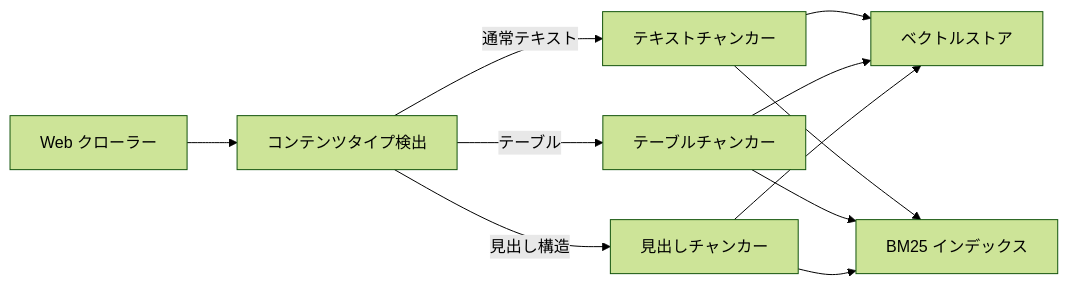
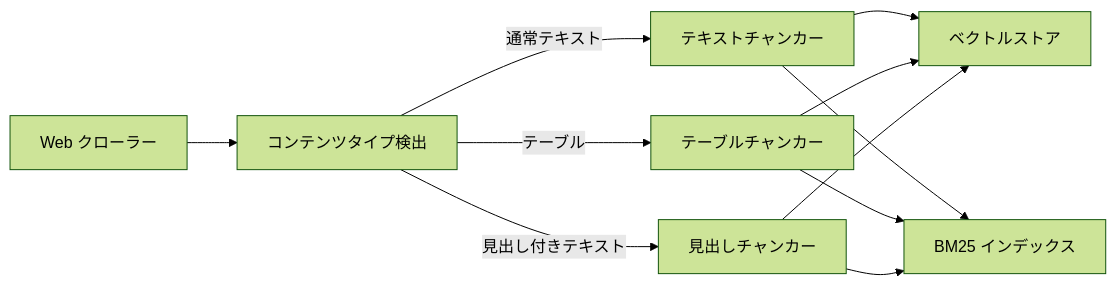
Before and after one commit to becky3/rag-knowledge: the second of 3 diagrams in docs/specs/rag-knowledge.md, drawn with Mermaid (forest theme).

Commit message:
fix: レビュー指摘対応 (PR #17)

````diff
--- a/docs/specs/rag-knowledge.md
+++ b/docs/specs/rag-knowledge.md
@@ -101,13 +101,13 @@
 ```mermaid
 flowchart LR
     CRAWL["Web クローラー"] --> DETECT["コンテンツタイプ検出"]
     DETECT -->|通常テキスト| CP["テキストチャンカー"]
     DETECT -->|テーブル| CT["テーブルチャンカー"]
-    DETECT -->|見出し構造| CH["見出しチャンカー"]
+    DETECT -->|見出し付きテキスト| CH["見出しチャンカー"]
     CP --> VS["ベクトルストア"]
     CT --> VS
     CH --> VS
     CP --> BM["BM25 インデックス"]
     CT --> BM
     CH --> BM
 ```
````
